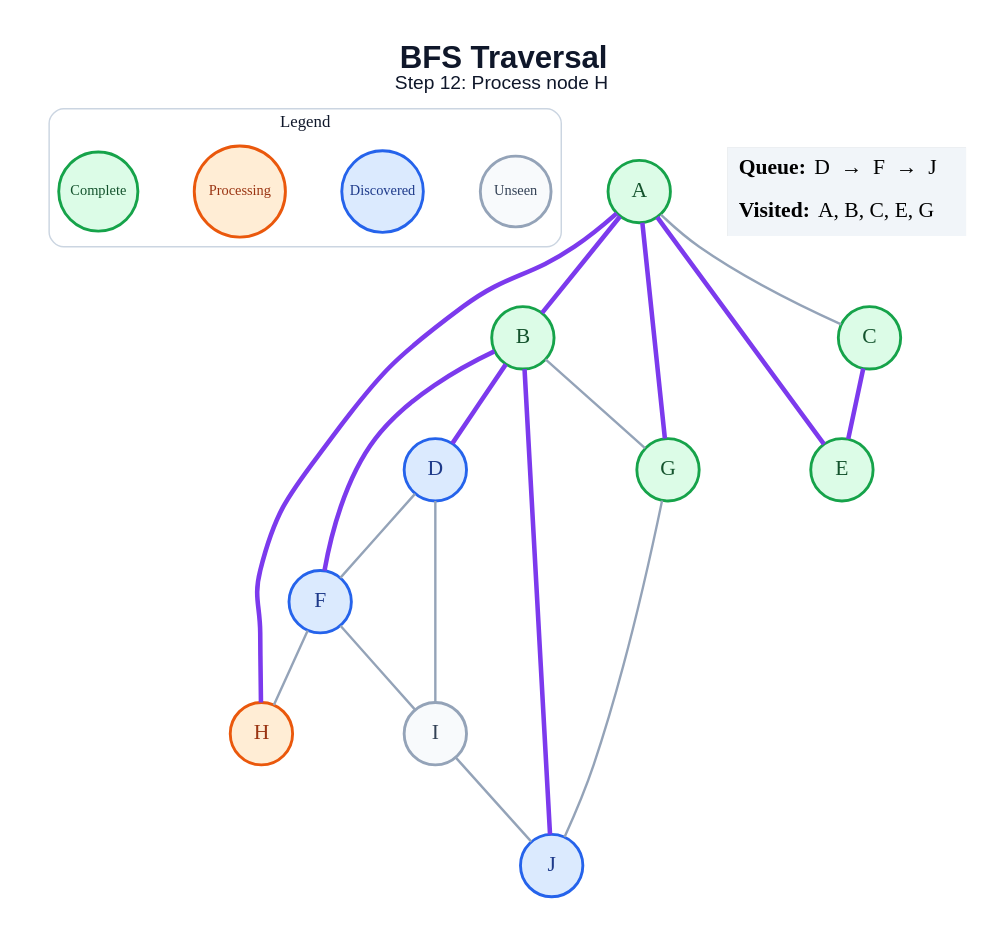
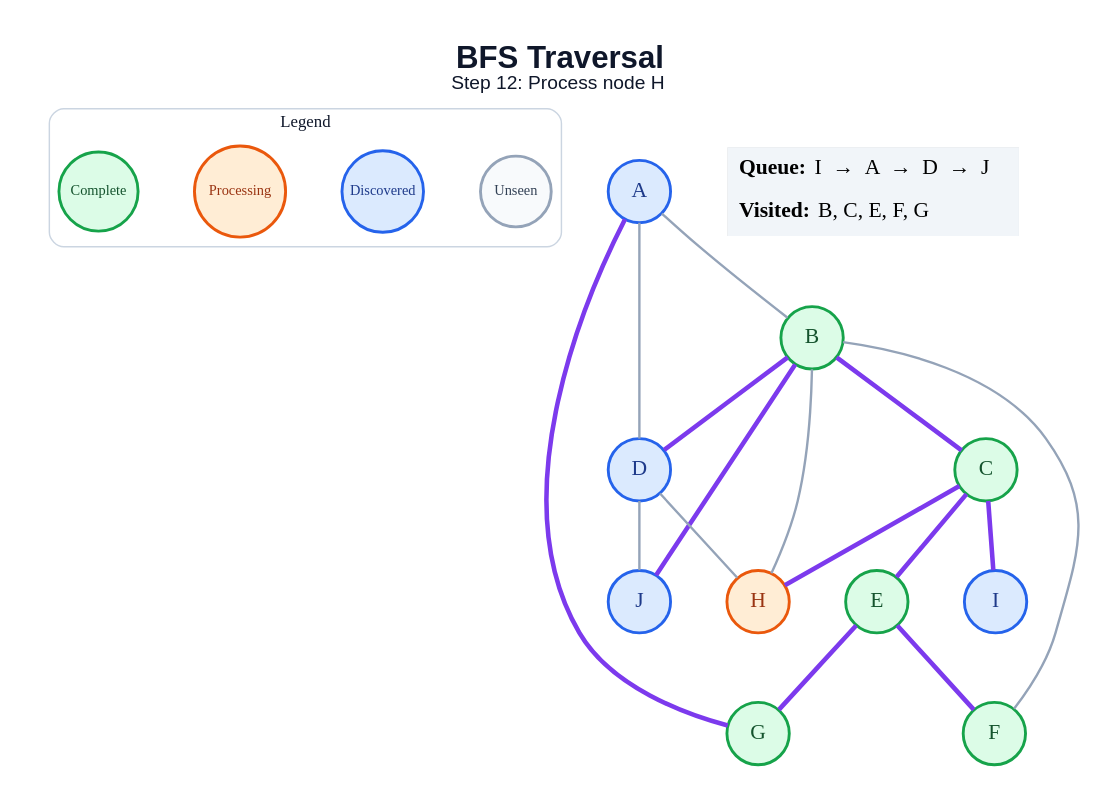
The diagram in generated/specific-node/bfs/step_12.dot (amanghodawala9/ai-slop), drawn with Graphviz before and after one commit. The commit also changed 178 other files, not shown here.

```diff
--- a/generated/specific-node/bfs/step_12.dot
+++ b/generated/specific-node/bfs/step_12.dot
@@ -1,45 +1,44 @@
 graph traversal {
   graph [layout=dot, rankdir=TB, bgcolor="#FFFFFF", pad="0.35", nodesep="0.65", ranksep="0.8", fontname="Arial"];
   node [shape=circle, style="filled", fontname="Arial Bold", fontsize=18, width=0.72, fixedsize=true, penwidth=2.4];
   edge [color="#94A3B8", penwidth=2.0];
   label=<<B>BFS Traversal</B><BR/><FONT POINT-SIZE="16">Step 12: Process node H</FONT>>; labelloc="t"; fontsize=26; fontname="Arial"; fontcolor="#0F172A";
   subgraph cluster_legend { label="Legend"; color="#CBD5E1"; penwidth=1.2; style="rounded"; fontsize=14; fontname="Arial Bold";
     key_unseen [label="Unseen", fillcolor="#F8FAFC", color="#94A3B8", fontcolor="#334155", fontsize=12, width=0.82];
     key_frontier [label="Discovered", fillcolor="#DBEAFE", color="#2563EB", fontcolor="#1E3A8A", fontsize=12, width=0.95];
     key_current [label="Processing", fillcolor="#FFEDD5", color="#EA580C", fontcolor="#9A3412", fontsize=12, width=1.05];
     key_done [label="Complete", fillcolor="#DCFCE7", color="#16A34A", fontcolor="#14532D", fontsize=12, width=0.92];
     { rank=same; key_unseen; key_frontier; key_current; key_done; }
   }
-  A [fillcolor="#DCFCE7", color="#16A34A", fontcolor="#14532D"];
+  A [fillcolor="#DBEAFE", color="#2563EB", fontcolor="#1E3A8A"];
   B [fillcolor="#DCFCE7", color="#16A34A", fontcolor="#14532D"];
   C [fillcolor="#DCFCE7", color="#16A34A", fontcolor="#14532D"];
   D [fillcolor="#DBEAFE", color="#2563EB", fontcolor="#1E3A8A"];
   E [fillcolor="#DCFCE7", color="#16A34A", fontcolor="#14532D"];
-  F [fillcolor="#DBEAFE", color="#2563EB", fontcolor="#1E3A8A"];
+  F [fillcolor="#DCFCE7", color="#16A34A", fontcolor="#14532D"];
   G [fillcolor="#DCFCE7", color="#16A34A", fontcolor="#14532D"];
   H [fillcolor="#FFEDD5", color="#EA580C", fontcolor="#9A3412"];
-  I [fillcolor="#F8FAFC", color="#94A3B8", fontcolor="#334155"];
+  I [fillcolor="#DBEAFE", color="#2563EB", fontcolor="#1E3A8A"];
   J [fillcolor="#DBEAFE", color="#2563EB", fontcolor="#1E3A8A"];
-  A -- B [color="#7C3AED", penwidth=3.8];
-  A -- C;
-  A -- E [color="#7C3AED", penwidth=3.8];
+  A -- B;
+  A -- D;
   A -- G [color="#7C3AED", penwidth=3.8];
-  A -- H [color="#7C3AED", penwidth=3.8];
+  B -- C [color="#7C3AED", penwidth=3.8];
   B -- D [color="#7C3AED", penwidth=3.8];
-  B -- F [color="#7C3AED", penwidth=3.8];
-  B -- G;
+  B -- F;
+  B -- H;
   B -- J [color="#7C3AED", penwidth=3.8];
   C -- E [color="#7C3AED", penwidth=3.8];
-  D -- F;
-  D -- I;
-  F -- H;
-  F -- I;
-  G -- J;
-  I -- J;
+  C -- H [color="#7C3AED", penwidth=3.8];
+  C -- I [color="#7C3AED", penwidth=3.8];
+  D -- H;
+  D -- J;
+  E -- F [color="#7C3AED", penwidth=3.8];
+  E -- G [color="#7C3AED", penwidth=3.8];
   status [shape=plain, fixedsize=false, width=0, height=0, margin=0, label=<
     <TABLE BORDER="0" CELLBORDER="0" CELLPADDING="7" BGCOLOR="#F1F5F9">
-      <TR><TD ALIGN="LEFT"><B>Queue:</B> D  →  F  →  J</TD></TR>
-      <TR><TD ALIGN="LEFT"><B>Visited:</B> A, B, C, E, G</TD></TR>
+      <TR><TD ALIGN="LEFT"><B>Queue:</B> I  →  A  →  D  →  J</TD></TR>
+      <TR><TD ALIGN="LEFT"><B>Visited:</B> B, C, E, F, G</TD></TR>
     </TABLE>
   >];
 }
```
